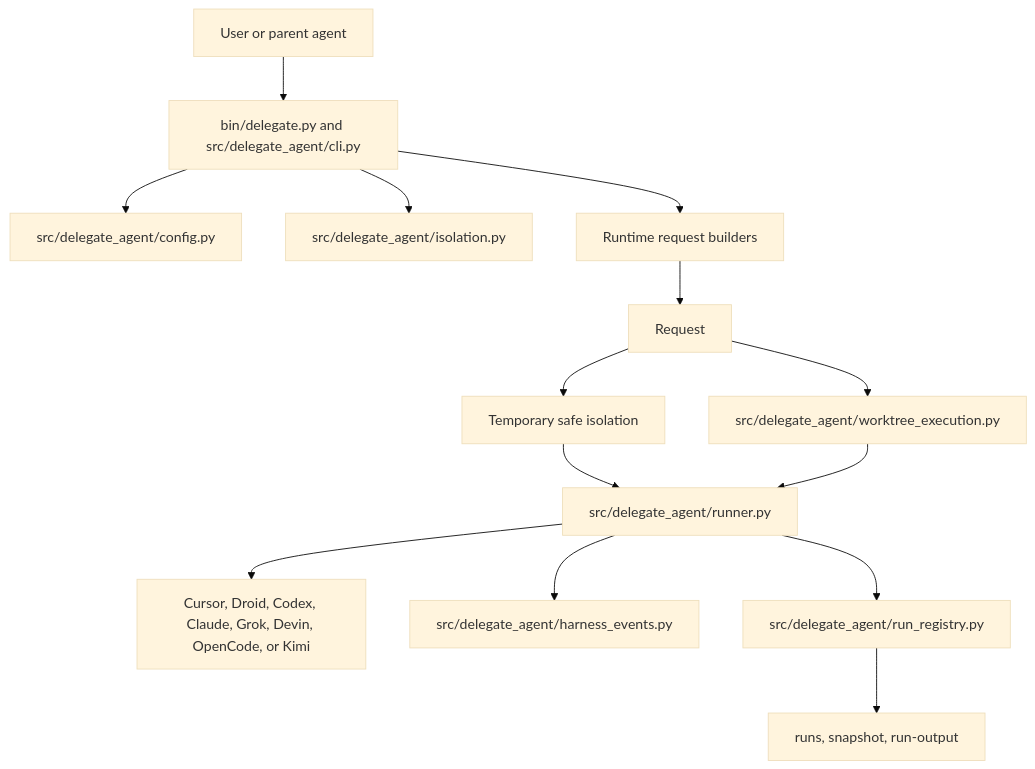
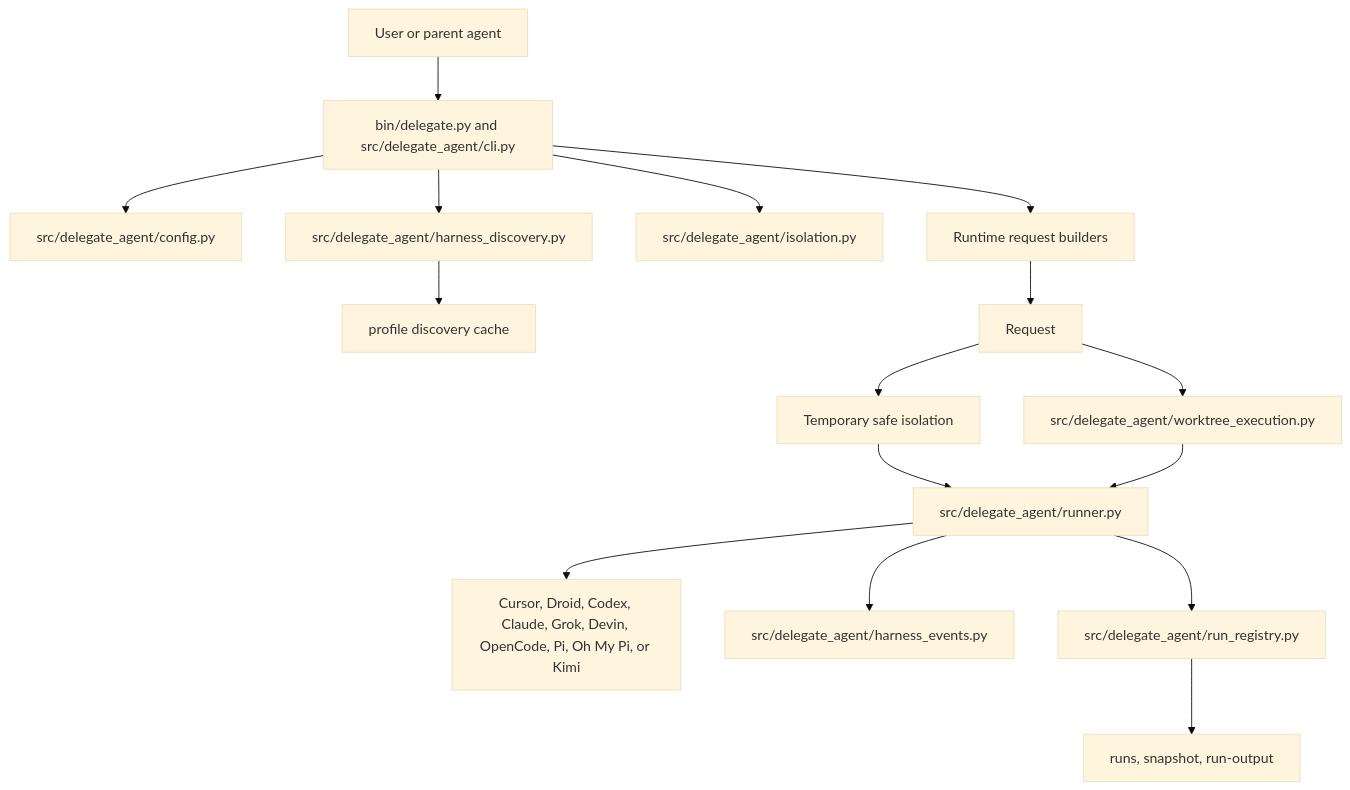
One commit to treygoff24/delegate-agent changed the first of 3 diagrams in droid-wiki/overview/architecture.md. Above: the diagram before and after it, drawn with Mermaid (base theme). The commit also changed other lines of this file and 11 other files, not shown here.

Commit message:
docs: explain harness discovery setup

````diff
--- a/droid-wiki/overview/architecture.md
+++ b/droid-wiki/overview/architecture.md
@@ -7,16 +7,18 @@
 ```mermaid
 graph TD
     User[User or parent agent] --> CLI[bin/delegate.py and src/delegate_agent/cli.py]
     CLI --> Config[src/delegate_agent/config.py]
+    CLI --> Discovery[src/delegate_agent/harness_discovery.py]
+    Discovery --> Cache[profile discovery cache]
     CLI --> Isolation[src/delegate_agent/isolation.py]
     CLI --> Builders[Runtime request builders]
     Builders --> Request[Request]
     Request --> SafeIso[Temporary safe isolation]
     Request --> Worktree[src/delegate_agent/worktree_execution.py]
     SafeIso --> Runner[src/delegate_agent/runner.py]
     Worktree --> Runner
-    Runner --> Child[Cursor, Droid, Codex, Claude, Grok, Devin, OpenCode, or Kimi]
+    Runner --> Child[Cursor, Droid, Codex, Claude, Grok, Devin, OpenCode, Pi, Oh My Pi, or Kimi]
     Runner --> Events[src/delegate_agent/harness_events.py]
     Runner --> Registry[src/delegate_agent/run_registry.py]
     Registry --> Inspect[runs, snapshot, run-output]
 ```
````
